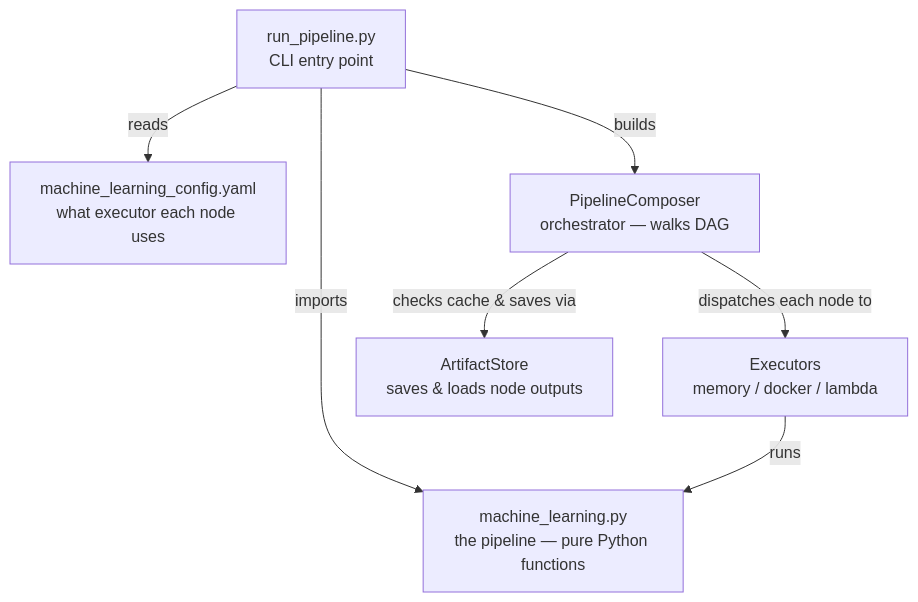
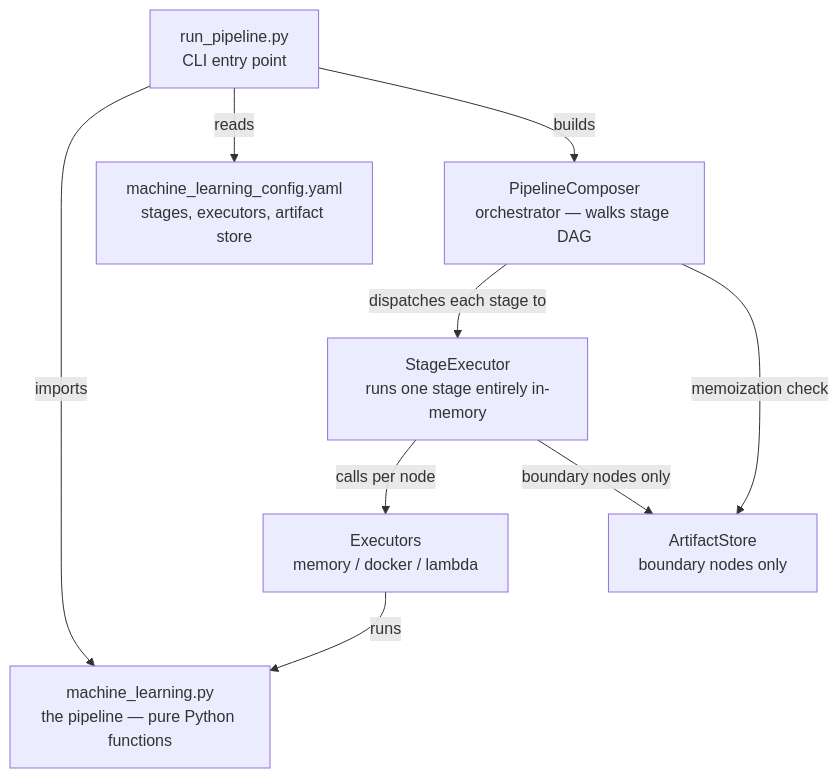
One commit to ganeshhgupta/fn_graph changed the first of 12 diagrams in fn_graph/examples/solution/DIAGRAMS.md. Above: the diagram before and after it, drawn with Mermaid. The commit also changed other lines of this file, not shown here.

Commit message:
docs: update DIAGRAMS.md for stage partitioning — new diagrams 11 and 12, all others updated

````diff
--- a/fn_graph/examples/solution/DIAGRAMS.md
+++ b/fn_graph/examples/solution/DIAGRAMS.md
@@ -11,16 +11,19 @@
 ```mermaid
 graph TD
     CLI["run_pipeline.py\nCLI entry point"]
-    YAML["machine_learning_config.yaml\nwhat executor each node uses"]
-    ORC["PipelineComposer\norchestrator — walks DAG"]
+    YAML["machine_learning_config.yaml\nstages, executors, artifact store"]
+    ORC["PipelineComposer\norchestrator — walks stage DAG"]
+    STAGE["StageExecutor\nruns one stage entirely in-memory"]
     EXEC["Executors\nmemory / docker / lambda"]
-    STORE["ArtifactStore\nsaves & loads node outputs"]
+    STORE["ArtifactStore\nboundary nodes only"]
     PIPE["machine_learning.py\nthe pipeline — pure Python functions"]
 
     CLI -->|"imports"| PIPE
     CLI -->|"reads"| YAML
     CLI -->|"builds"| ORC
-    ORC -->|"dispatches each node to"| EXEC
-    ORC -->|"checks cache & saves via"| STORE
+    ORC -->|"dispatches each stage to"| STAGE
+    STAGE -->|"calls per node"| EXEC
+    STAGE -->|"boundary nodes only"| STORE
+    ORC -->|"memoization check"| STORE
     EXEC -->|"runs"| PIPE
 ```
````
